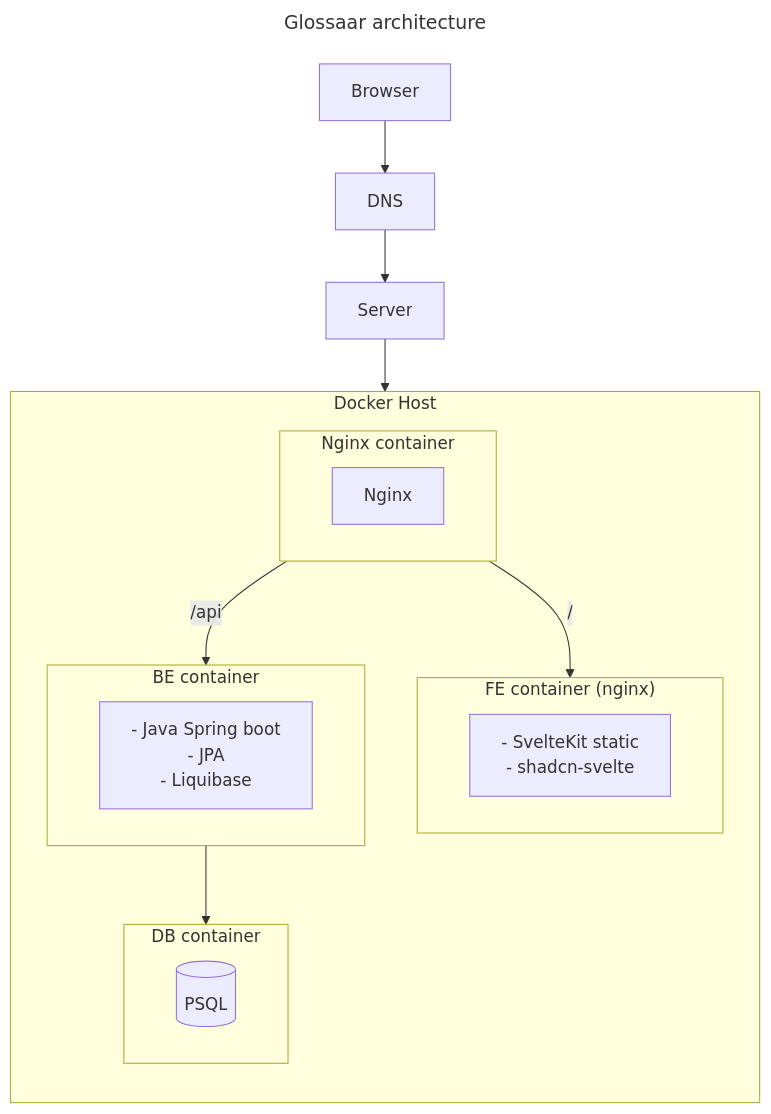
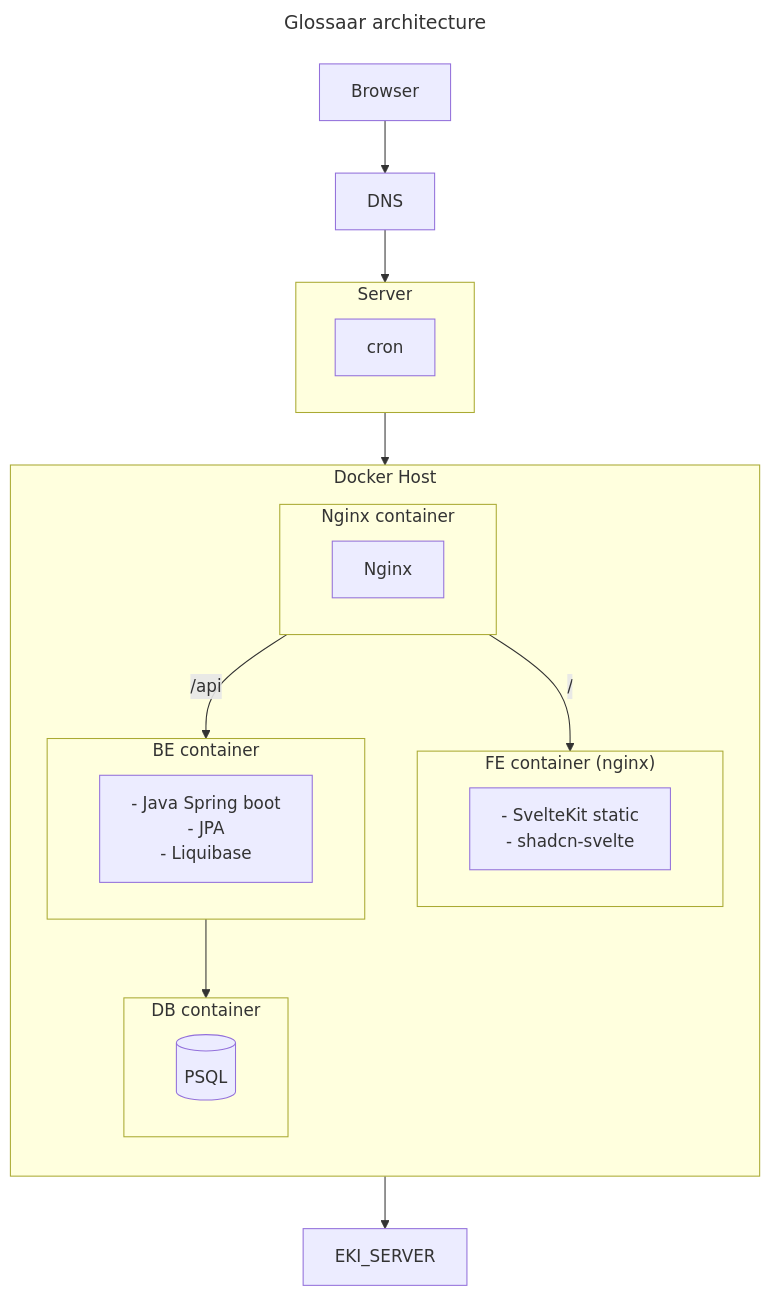
One commit to taltech-vanemarendajaks/team-01-glossaar changed the diagram in architecture.mermaid. Above: the diagram before and after it, drawn with Mermaid.

Commit message:
add cron

```diff
--- a/architecture.mermaid
+++ b/architecture.mermaid
@@ -1,43 +1,47 @@
 ---
 title: Glossaar architecture
 ---
 
 flowchart TB
     Browser --> DNS
 	DNS --> Server
     Server --> DockerHost
 	NginxContainer -->|/api| BeContainer
 	NginxContainer -->|/| FeContainer
 
 	BeContainer --> DbContainer
+	BeContainer --> EKI_SERVER
+
+	subgraph Server
+		cron
+	end
 
 	subgraph DockerHost["Docker Host"]
 		direction TB
 
 		subgraph NginxContainer["Nginx container"]
 			Nginx
 		end
 
 		subgraph BeContainer["BE container"]
 			Be[
 				- Java Spring boot
 				- JPA
 				- Liquibase
 			]
 		end
 
 		subgraph FeContainer["FE container (nginx)"]
 			Fe[
 				- SvelteKit static
 				- shadcn-svelte
 			]
 		end
 
 		subgraph DbContainer["DB container"]
 			DB[(PSQL)]
 		end
 	end
 
-%% TODO: add multiple BE containers
-%% TODO: add monitoring
-%% TODO: add background jobs
+%% TODO: add multiple BE containers, if added
+%% TODO: add monitoring, if added
```
